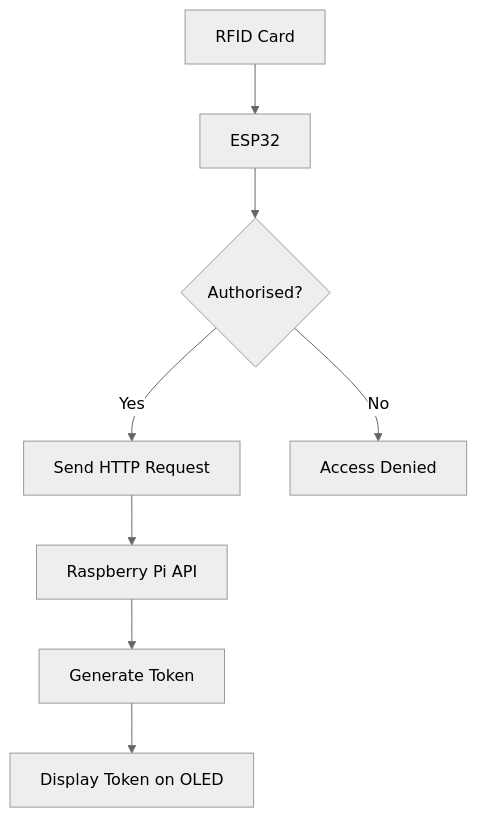
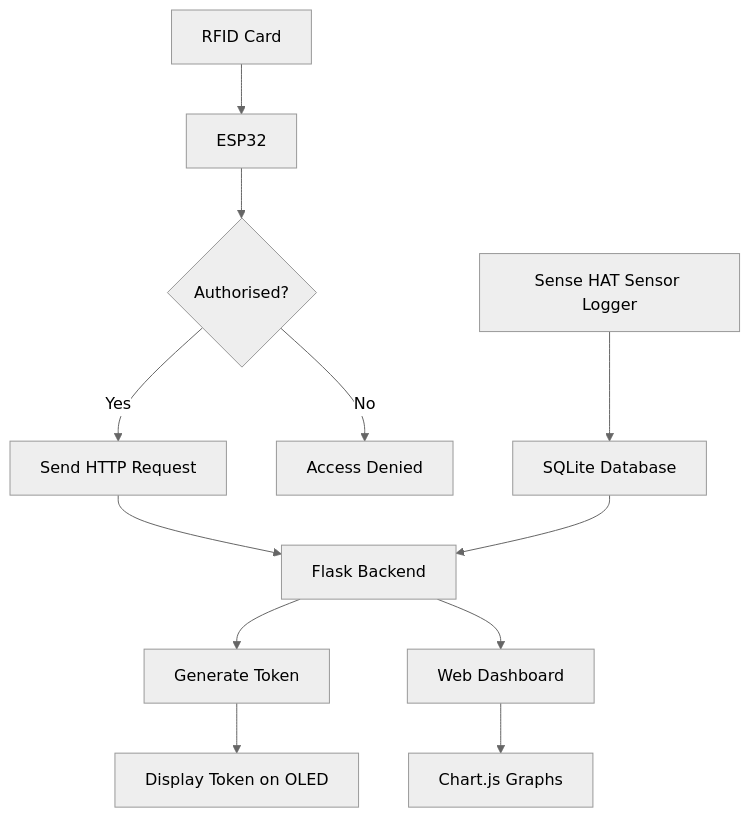
One commit to RyanCronin87/esp32-rfid-access-control-system changed the diagram in README.md. Above: the diagram before and after it, drawn with Mermaid (neutral theme). The commit also changed other lines of this file, not shown here.

First line of the commit message:
Document Raspberry Pi sensor system in README

````diff
--- a/README.md
+++ b/README.md
@@ -74,10 +75,15 @@
 ```mermaid
 flowchart TD
     A[RFID Card] --> B[ESP32]
     B --> C{Authorised?}
     C -->|Yes| D[Send HTTP Request]
     D --> E[Raspberry Pi API]
     E --> F[Generate Token]
     F --> G[Display Token on OLED]
     C -->|No| H[Access Denied]
+
+    I[Sense HAT Sensor Logger] --> J[SQLite Database]
+    J --> E[Flask Backend]
+    E --> K[Web Dashboard]
+    K --> L[Chart.js Graphs]
 ```
````
